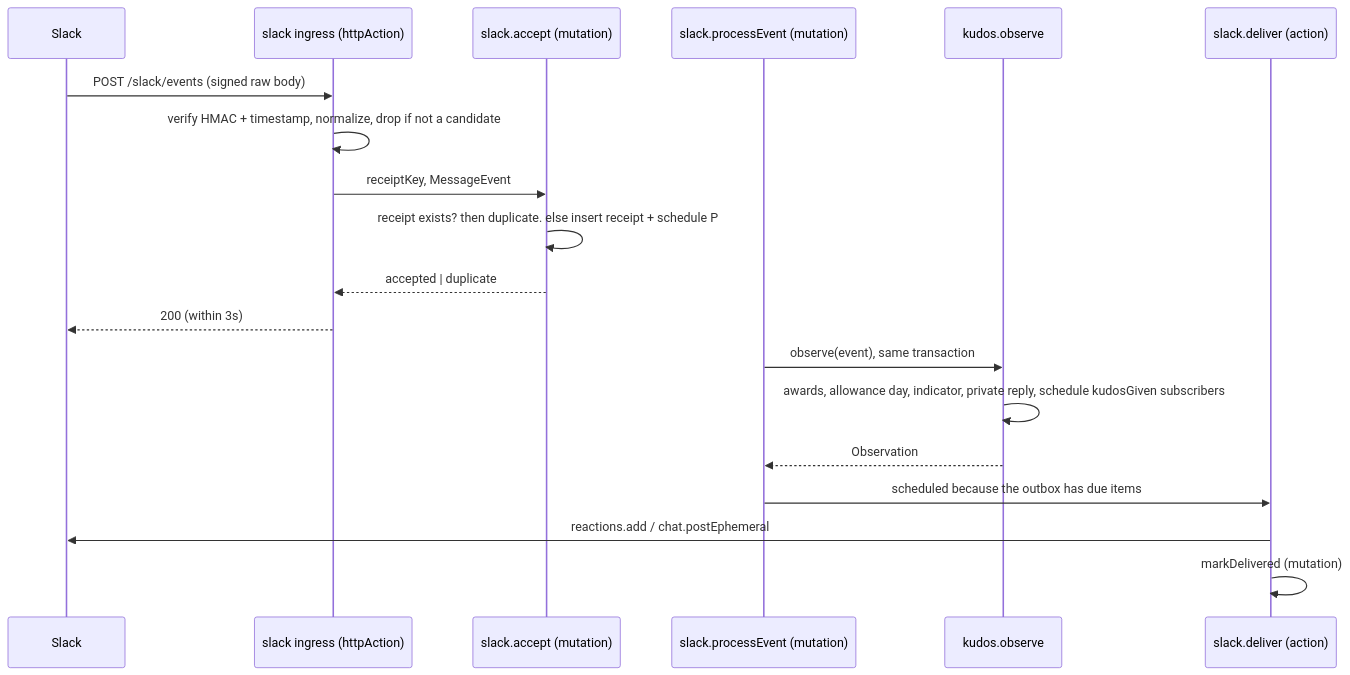
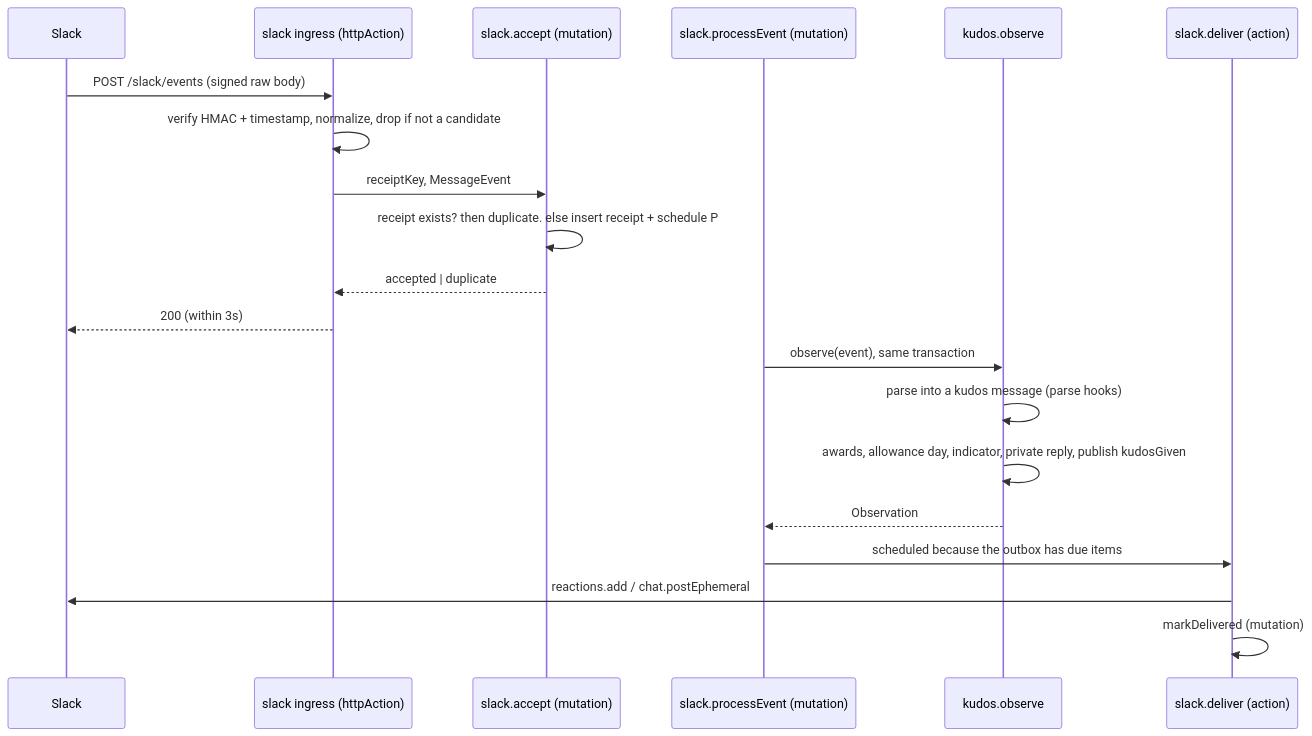
Before and after one commit to Silthus/kudos: the second of 5 diagrams in prototype/architecture.md, drawn with Mermaid. The commit also changed other lines of this file and 7 other files, not shown here.

````diff
--- a/prototype/architecture.md
+++ b/prototype/architecture.md
@@ -174,21 +240,22 @@
 ```mermaid
 sequenceDiagram
   participant S as Slack
   participant H as slack ingress (httpAction)
   participant A as slack.accept (mutation)
   participant P as slack.processEvent (mutation)
   participant K as kudos.observe
   participant D as slack.deliver (action)
   S->>H: POST /slack/events (signed raw body)
   H->>H: verify HMAC + timestamp, normalize, drop if not a candidate
   H->>A: receiptKey, MessageEvent
   A->>A: receipt exists? then duplicate. else insert receipt + schedule P
   A-->>H: accepted | duplicate
   H-->>S: 200 (within 3s)
   P->>K: observe(event), same transaction
-  K->>K: awards, allowance day, indicator, private reply, schedule kudosGiven subscribers
+  K->>K: parse into a kudos message (parse hooks)
+  K->>K: awards, allowance day, indicator, private reply, publish kudosGiven
   K-->>P: Observation
   P->>D: scheduled because the outbox has due items
   D->>S: reactions.add / chat.postEphemeral
   D->>D: markDelivered (mutation)
 ```
````
